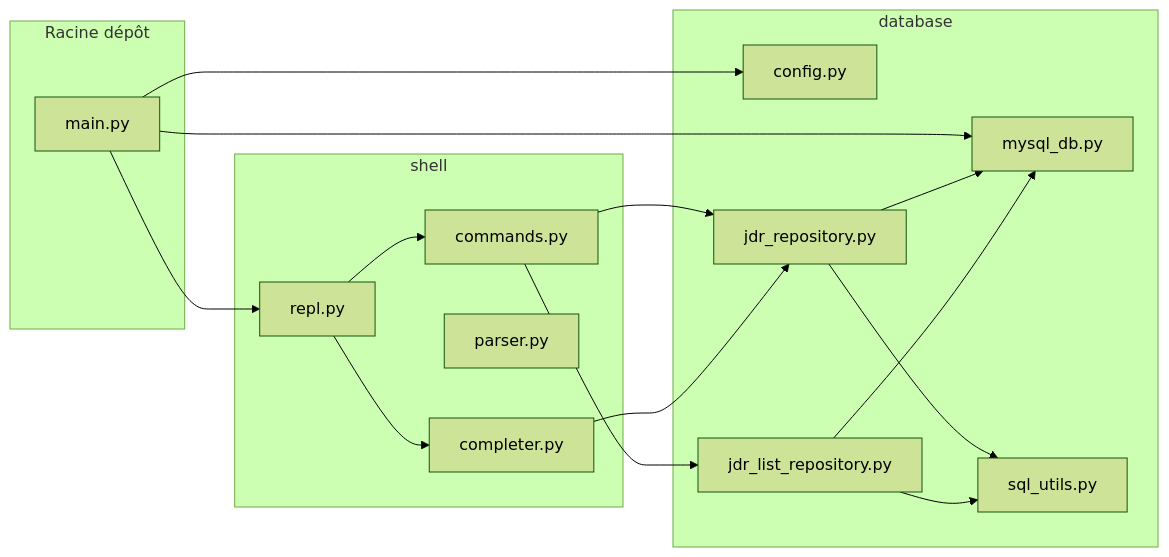
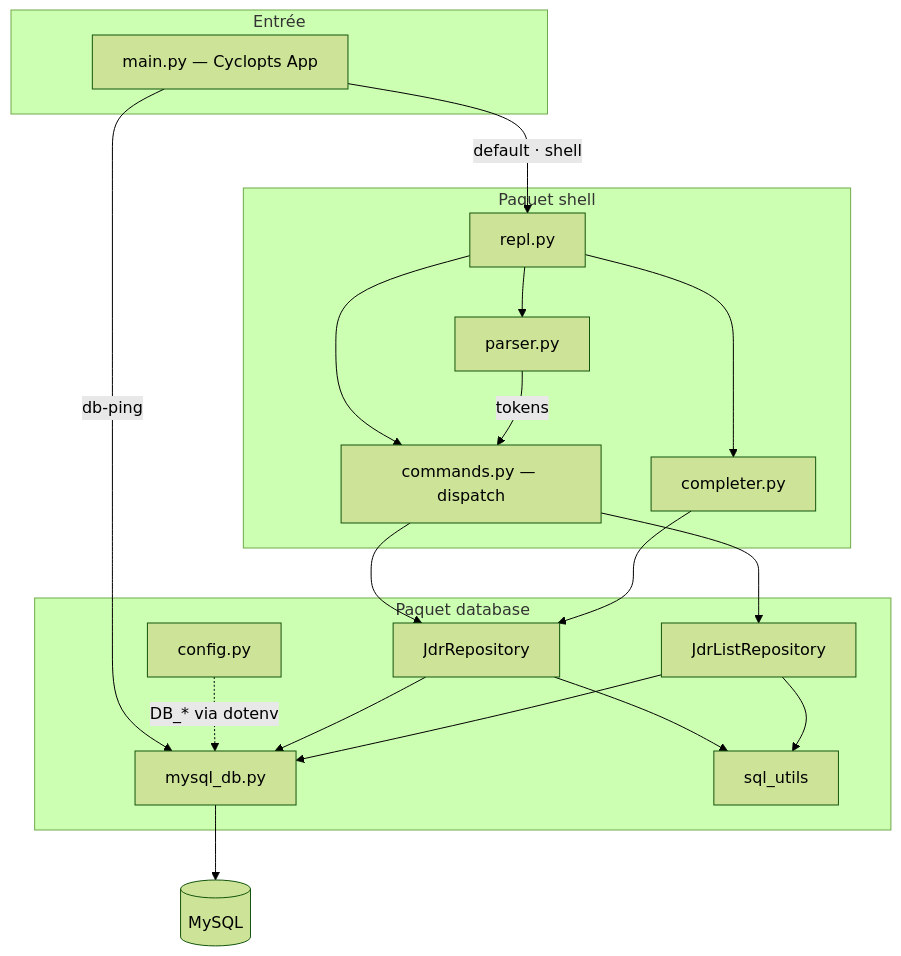
The first of 3 diagrams in docs/architecture.md (Primica/exampy), drawn with Mermaid (forest theme) before and after one commit. The commit also changed other lines of this file and 8 other files, not shown here.

````diff
--- a/docs/architecture.md
+++ b/docs/architecture.md
@@ -5,31 +5,39 @@
 ```mermaid
-flowchart LR
-  subgraph racine [Racine dépôt]
-    Main[main.py]
+flowchart TB
+  subgraph entry["Entrée"]
+    MAIN["main.py — Cyclopts App"]
   end
-  subgraph pkgDatabase [database]
-    Config[config.py]
-    MySQL[mysql_db.py]
-    SqlU[sql_utils.py]
-    JdrW[jdr_repository.py]
-    JdrR[jdr_list_repository.py]
+
+  subgraph shell["Paquet shell"]
+    REPL[repl.py]
+    PAR[parser.py]
+    CMD["commands.py — dispatch"]
+    CMP[completer.py]
   end
-  subgraph pkgShell [shell]
-    Repl[repl.py]
-    Cmd[commands.py]
-    Parse[parser.py]
-    Comp[completer.py]
+
+  subgraph db["Paquet database"]
+    CFG[config.py]
+    MYSQL[mysql_db.py]
+    JRW[JdrRepository]
+    JRL[JdrListRepository]
+    SQLU[sql_utils]
   end
-  Main --> Config
-  Main --> MySQL
-  Main --> Repl
-  Repl --> Cmd
-  Repl --> Comp
-  Cmd --> JdrW
-  Cmd --> JdrR
-  Comp --> JdrW
-  JdrW --> MySQL
-  JdrR --> MySQL
-  JdrW --> SqlU
-  JdrR --> SqlU
+
+  DB[(MySQL)]
+
+  MAIN -->|default · shell| REPL
+  MAIN -->|db-ping| MYSQL
+  REPL --> PAR
+  REPL --> CMD
+  REPL --> CMP
+  PAR -->|tokens| CMD
+  CMD --> JRW
+  CMD --> JRL
+  CMP --> JRW
+  CFG -.->|DB_* via dotenv| MYSQL
+  JRW --> MYSQL
+  JRL --> MYSQL
+  JRW --> SQLU
+  JRL --> SQLU
+  MYSQL --> DB
 ```
````
